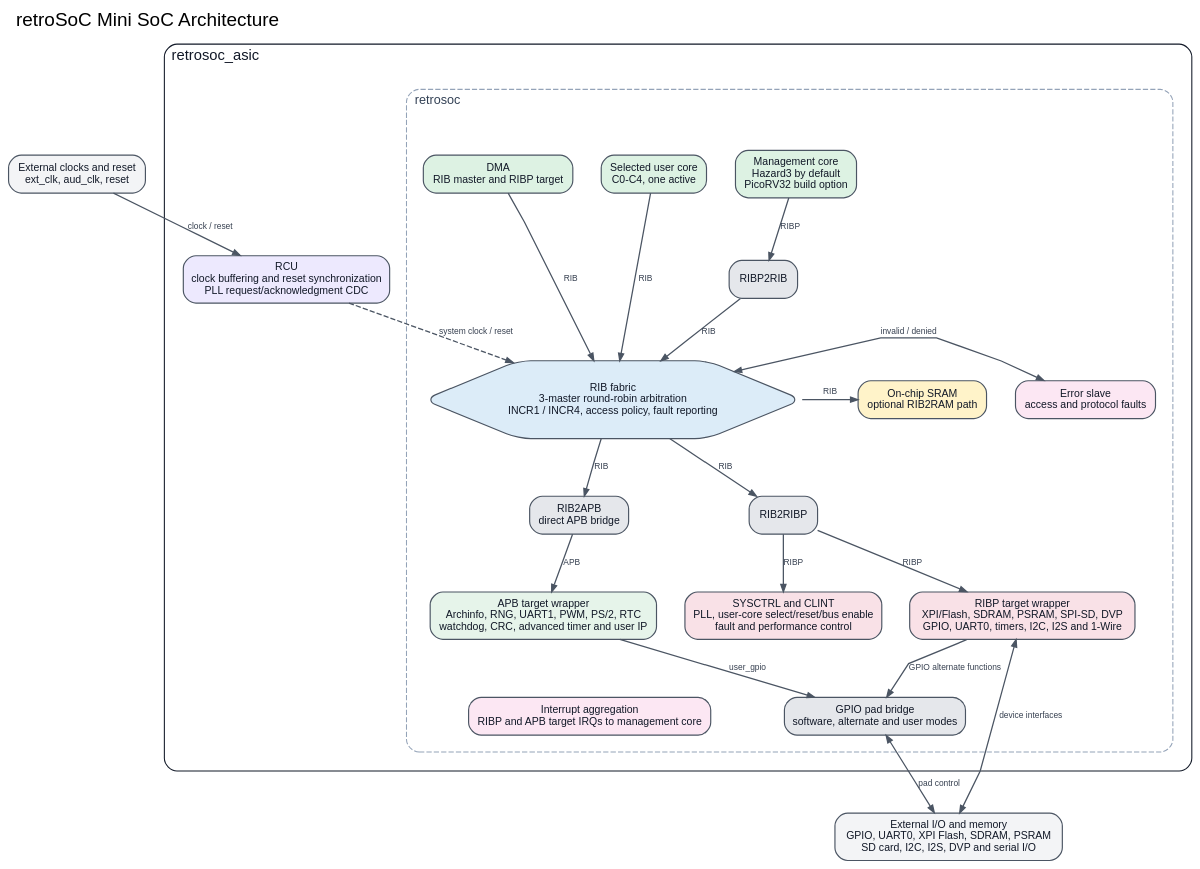
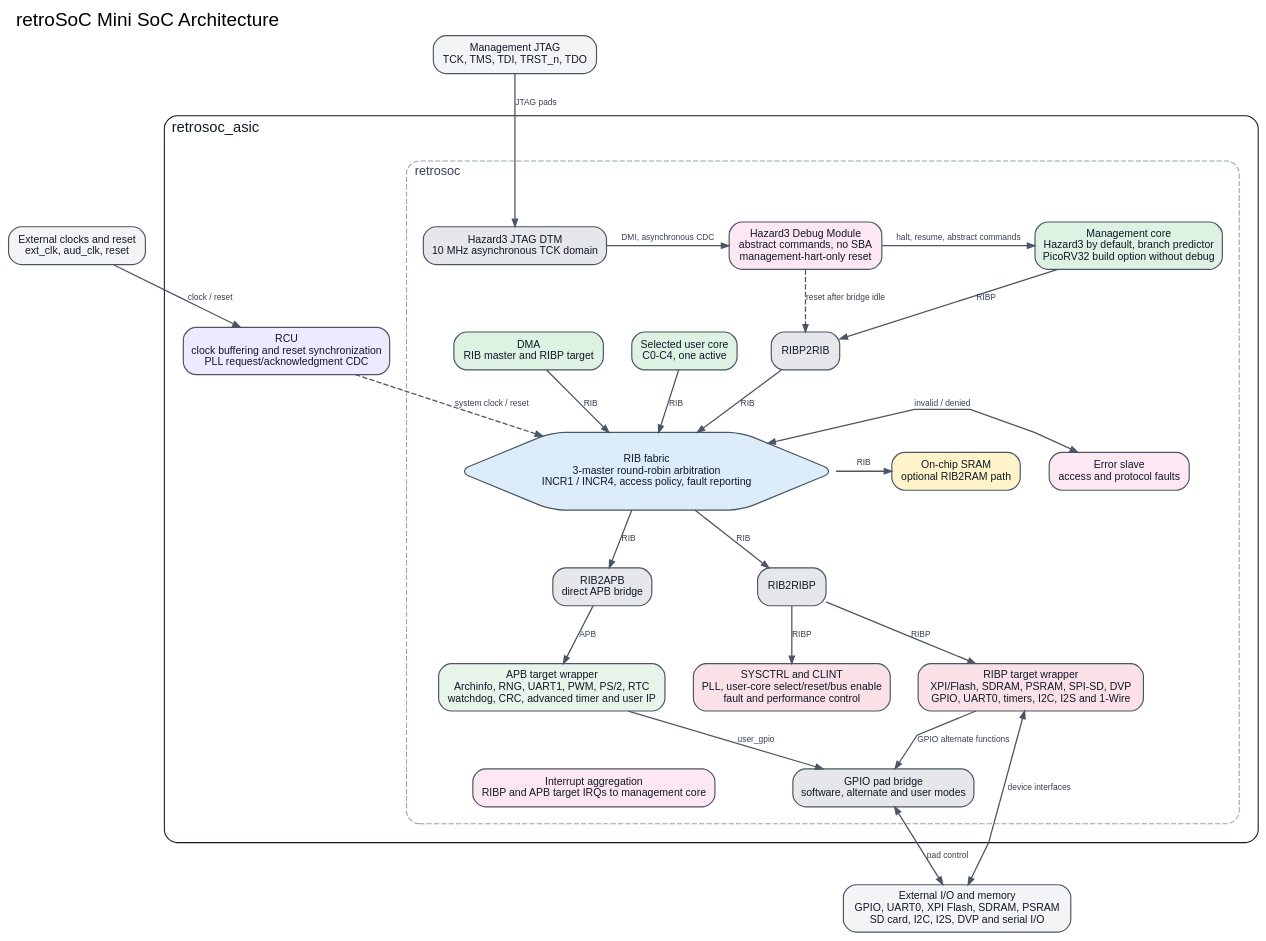
One commit to retroSoC/retroSoC changed the diagram in docs/mini-soc-block-diagram.dot. Above: the diagram before and after it, drawn with Graphviz. The commit also changed 54 other files, not shown here.

First line of the commit message:
feat: add management debug reset and JTAG integration for Hazard3

```diff
--- a/docs/mini-soc-block-diagram.dot
+++ b/docs/mini-soc-block-diagram.dot
@@ -1,158 +1,176 @@
 // Mini SoC architecture overview.
 // Render with: dot -Tsvg docs/mini-soc-block-diagram.dot -o docs/mini-soc-block-diagram.svg
 // Sources of truth: rtl/mini/top/{retrosoc_asic,retrosoc,bus}.sv and
 // rtl/mini/integration/{soc_topology,user_extensions,clock_reset_domains}.json.
 digraph mini_soc_block_diagram {
   graph [
     bgcolor="transparent",
     compound=true,
     fontname="Arial",
     fontsize=18,
     label="retroSoC Mini SoC Architecture",
     labelloc="t",
     labeljust="l",
     newrank=true,
     nodesep=0.38,
     rankdir=TB,
     ranksep=0.62,
     splines=polyline
   ];
 
   node [
     color="#4B5563",
     fontcolor="#111827",
     fontname="Arial",
     fontsize=10,
     margin="0.12,0.08",
     penwidth=1.1,
     shape=box,
     style="rounded,filled"
   ];
   edge [
     arrowsize=0.7,
     color="#4B5563",
     fontcolor="#374151",
     fontname="Arial",
     fontsize=8,
     penwidth=1.2
   ];
 
   ext_clock [
     fillcolor="#F3F4F6",
     label="External clocks and reset\next_clk, aud_clk, reset"
   ];
   ext_io [
     fillcolor="#F3F4F6",
     label="External I/O and memory\nGPIO, UART0, XPI Flash, SDRAM, PSRAM\nSD card, I2C, I2S, DVP and serial I/O"
   ];
+  ext_jtag [
+    fillcolor="#F3F4F6",
+    label="Management JTAG\nTCK, TMS, TDI, TRST_n, TDO"
+  ];
 
   subgraph cluster_asic {
     color="#111827";
     fontcolor="#111827";
     fontname="Arial";
     fontsize=14;
     label="retrosoc_asic";
     margin=18;
     style="rounded";
 
     rcu [
       fillcolor="#EDE9FE",
       label="RCU\nclock buffering and reset synchronization\nPLL request/acknowledgment CDC"
     ];
 
     subgraph cluster_soc {
       color="#94A3B8";
       fontcolor="#334155";
       fontname="Arial";
       fontsize=12;
       label="retrosoc";
       margin=16;
       style="rounded,dashed";
 
       mgmt_core [
         fillcolor="#DDF2E3",
-        label="Management core\nHazard3 by default\nPicoRV32 build option"
+        label="Management core\nHazard3 by default, branch predictor\nPicoRV32 build option without debug"
+      ];
+      jtag_dtm [
+        fillcolor="#E5E7EB",
+        label="Hazard3 JTAG DTM\n10 MHz asynchronous TCK domain"
+      ];
+      debug_module [
+        fillcolor="#FCE7F3",
+        label="Hazard3 Debug Module\nabstract commands, no SBA\nmanagement-hart-only reset"
       ];
       mgmt_adapter [
         fillcolor="#E5E7EB",
         label="RIBP2RIB"
       ];
       user_core [
         fillcolor="#DDF2E3",
         label="Selected user core\nC0-C4, one active"
       ];
       dma [
         fillcolor="#DDF2E3",
         label="DMA\nRIB master and RIBP target"
       ];
       fabric [
         fillcolor="#DCECF8",
         label="RIB fabric\n3-master round-robin arbitration\nINCR1 / INCR4, access policy, fault reporting",
         shape=hexagon
       ];
       fault [
         fillcolor="#FCE7F3",
         label="Error slave\naccess and protocol faults"
       ];
       sram [
         fillcolor="#FFF3C9",
         label="On-chip SRAM\noptional RIB2RAM path"
       ];
       ribp_adapter [
         fillcolor="#E5E7EB",
         label="RIB2RIBP"
       ];
       apb_adapter [
         fillcolor="#E5E7EB",
         label="RIB2APB\ndirect APB bridge"
       ];
       sysctrl [
         fillcolor="#F9E1E7",
         label="SYSCTRL and CLINT\nPLL, user-core select/reset/bus enable\nfault and performance control"
       ];
       ribp_targets [
         fillcolor="#F9E1E7",
         label="RIBP target wrapper\nXPI/Flash, SDRAM, PSRAM, SPI-SD, DVP\nGPIO, UART0, timers, I2C, I2S and 1-Wire"
       ];
       apb_targets [
         fillcolor="#E6F4EA",
         label="APB target wrapper\nArchinfo, RNG, UART1, PWM, PS/2, RTC\nwatchdog, CRC, advanced timer and user IP"
       ];
       gpio_bridge [
         fillcolor="#E5E7EB",
         label="GPIO pad bridge\nsoftware, alternate and user modes"
       ];
       irq [
         fillcolor="#FCE7F3",
         label="Interrupt aggregation\nRIBP and APB target IRQs to management core"
       ];
     }
   }
 
-  { rank=same; mgmt_core; user_core; dma; }
+  { rank=same; jtag_dtm; debug_module; mgmt_core; }
+  { rank=same; user_core; dma; }
   { rank=same; fault; fabric; sram; }
   { rank=same; ribp_adapter; apb_adapter; }
   { rank=same; sysctrl; ribp_targets; apb_targets; }
   { rank=same; gpio_bridge; irq; }
 
   ext_clock -> rcu [label="clock / reset"];
+  ext_jtag -> jtag_dtm [label="JTAG pads"];
   rcu -> fabric [label="system clock / reset", style=dashed];
+
+  jtag_dtm -> debug_module [label="DMI, asynchronous CDC"];
+  debug_module -> mgmt_core [label="halt, resume, abstract commands"];
+  debug_module -> mgmt_adapter [label="reset after bridge idle", style=dashed];
 
   mgmt_core -> mgmt_adapter [label="RIBP"];
   mgmt_adapter -> fabric [label="RIB"];
   user_core -> fabric [label="RIB"];
   dma -> fabric [label="RIB"];
 
   fabric -> fault [label="invalid / denied", dir=both];
   fabric -> sram [label="RIB"];
   fabric -> ribp_adapter [label="RIB"];
   fabric -> apb_adapter [label="RIB"];
   ribp_adapter -> sysctrl [label="RIBP"];
   ribp_adapter -> ribp_targets [label="RIBP"];
   apb_adapter -> apb_targets [label="APB"];
 
   ribp_targets -> gpio_bridge [label="GPIO alternate functions"];
   apb_targets -> gpio_bridge [label="user_gpio"];
   ribp_targets -> ext_io [dir=both, label="device interfaces"];
   gpio_bridge -> ext_io [dir=both, label="pad control"];
 }
```
